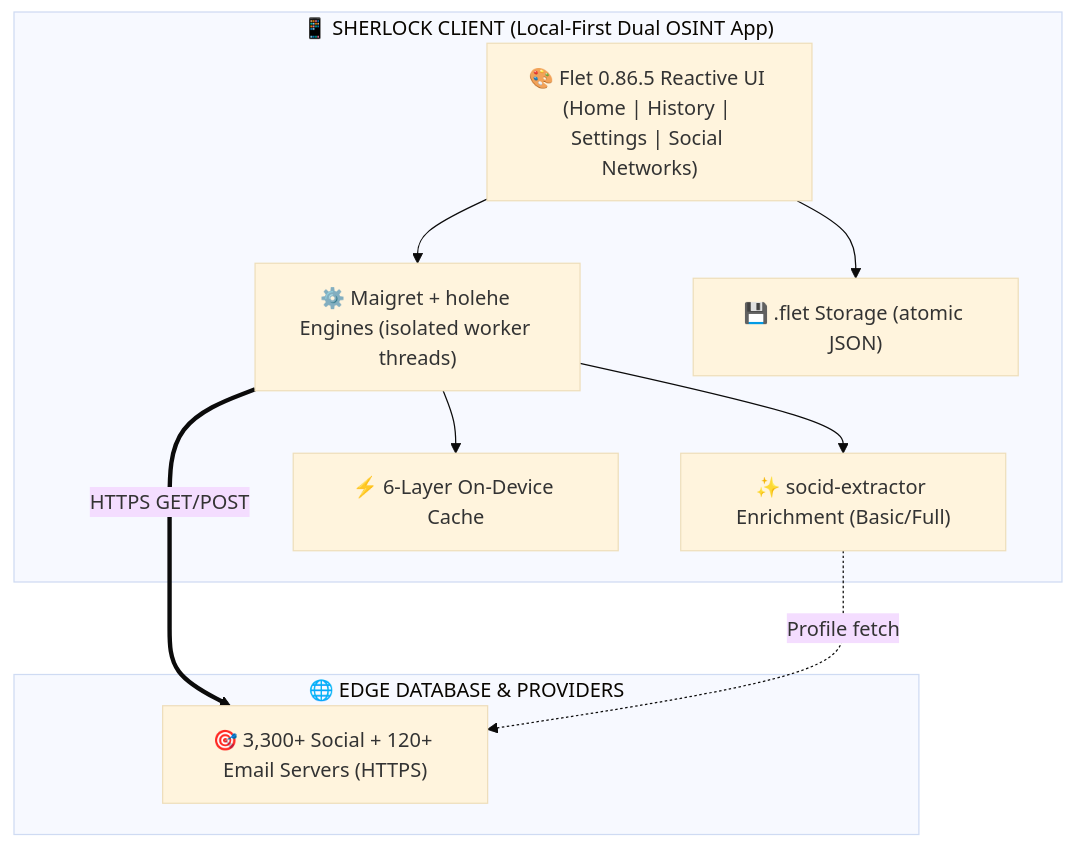
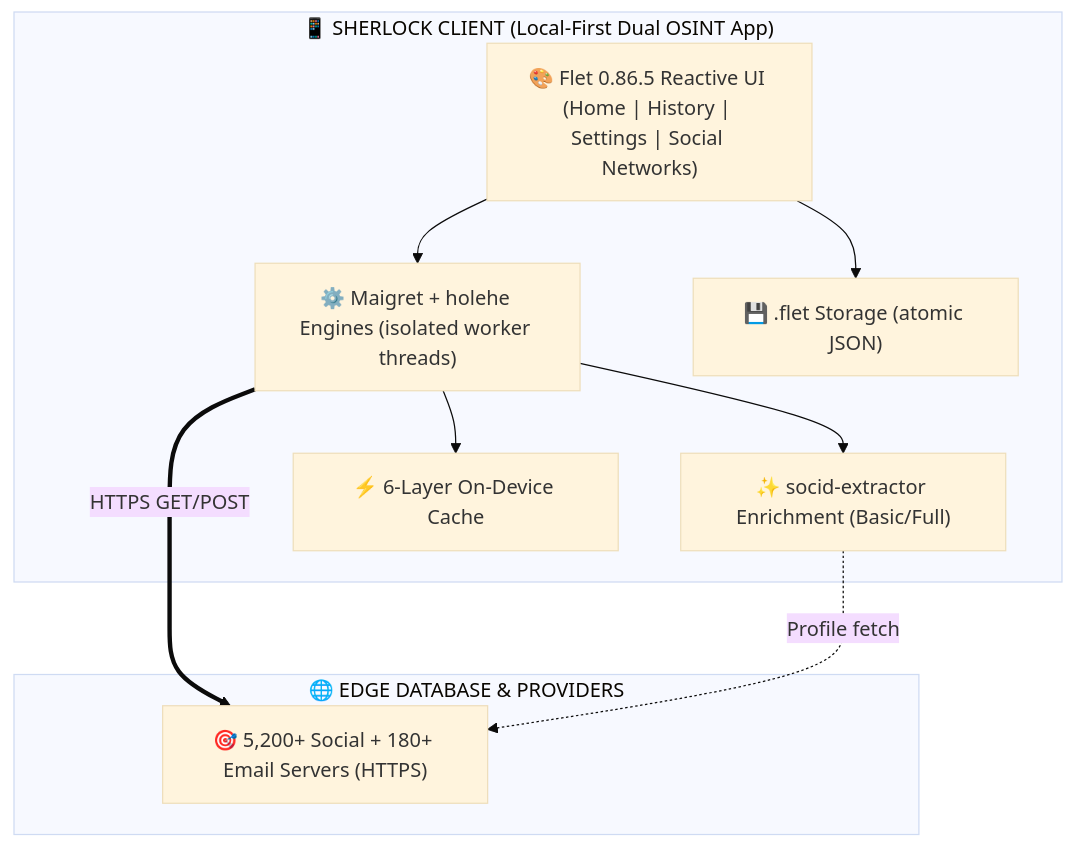
Before and after one commit to Nwokike/Sherlock: the diagram in README.md, drawn with Mermaid (base theme). The commit also changed other lines of this file and 49 other files, not shown here.

````diff
--- a/README.md
+++ b/README.md
@@ -137,21 +137,21 @@
 ```mermaid
 graph TB
     subgraph SHERLOCK_CLIENT ["📱 SHERLOCK CLIENT (Local-First Dual OSINT App)"]
         UI["🎨 Flet 0.86.5 Reactive UI (Home | History | Settings | Social Networks)"]
         Engine["⚙️ Maigret + holehe Engines (isolated worker threads)"]
         Enrich["✨ socid-extractor Enrichment (Basic/Full)"]
         Cache["⚡ 6-Layer On-Device Cache"]
         Storage["💾 .flet Storage (atomic JSON)"]
         UI --> Engine
         Engine --> Enrich
         Engine --> Cache
         UI --> Storage
     end
 
     subgraph GLOBAL_RESOURCES ["🌐 EDGE DATABASE & PROVIDERS"]
-        Targets["🎯 3,300+ Social + 120+ Email Servers (HTTPS)"]
+        Targets["🎯 5,200+ Social + 180+ Email Servers (HTTPS)"]
     end
 
     Engine ==>|HTTPS GET/POST| Targets
     Enrich -.->|Profile fetch| Targets
 ```
````
